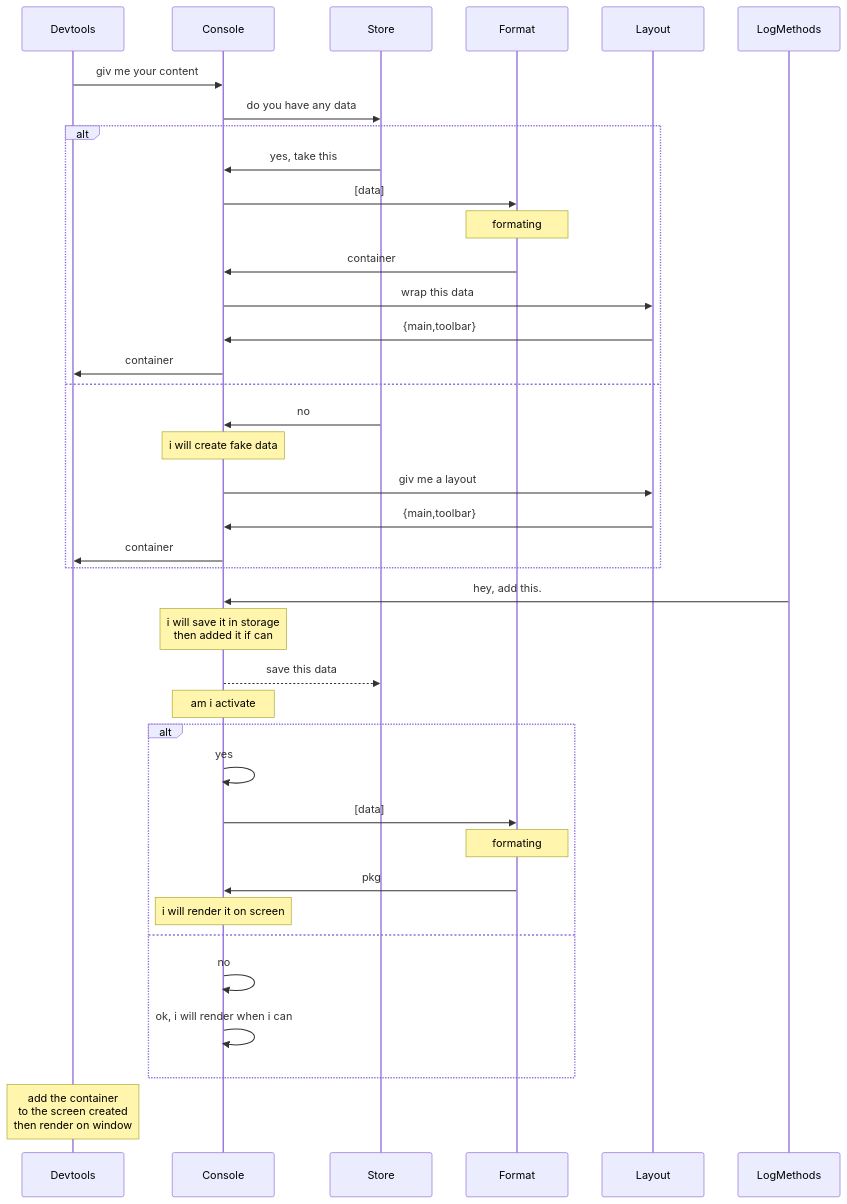
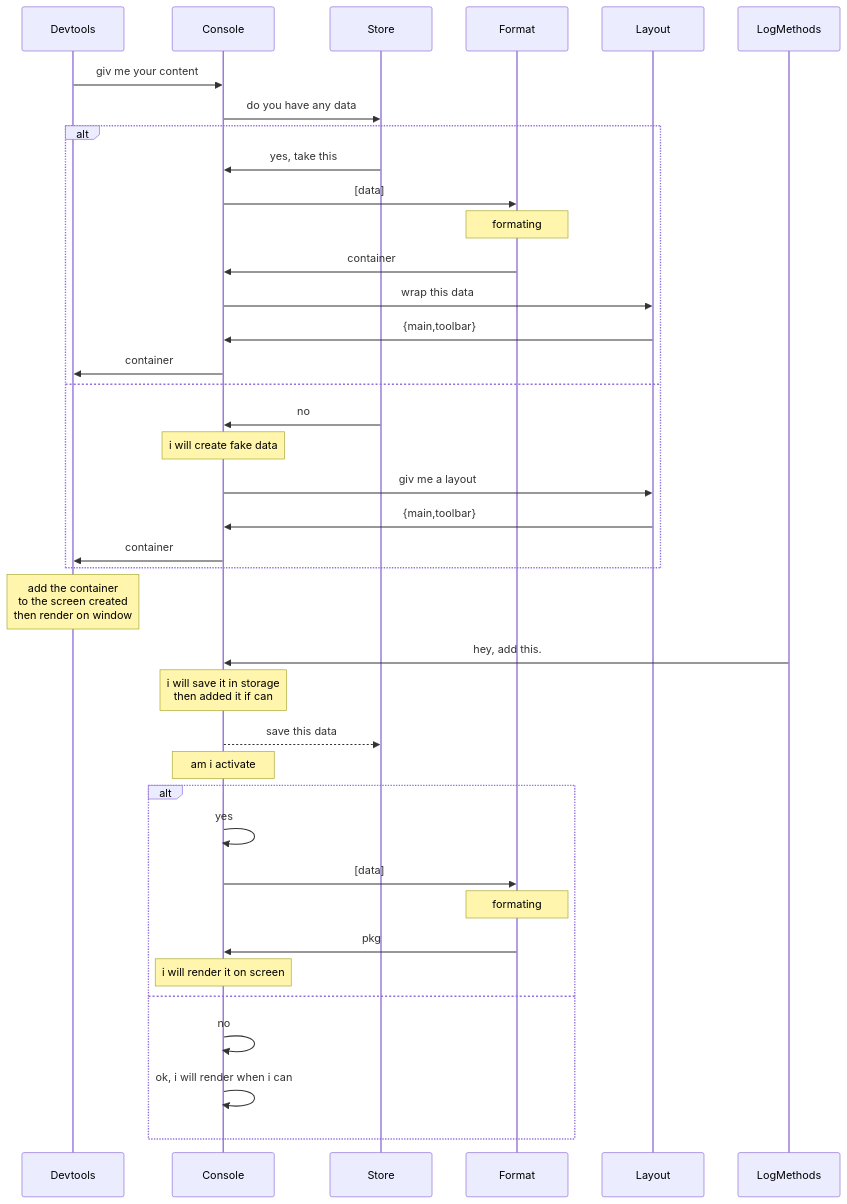
One commit to moo-m/MDev changed the second of 2 diagrams in README.md. Above: the diagram before and after it, drawn with Mermaid. The commit also changed other lines of this file, not shown here.

````diff
--- a/README.md
+++ b/README.md
@@ -134,53 +134,53 @@
 ```mermaid
 sequenceDiagram
 participant Devtools
 participant Console
 participant Store
 participant Format
 participant Layout
 participant LogMethods
 
 Devtools->>Console:giv me your content
 Console ->> Store:do you have any data
 
 alt
 Store->>Console:yes, take this
 Console ->> Format:[data]
 Note over Format:formating
 Format ->> Console: container
 Console->>Layout:wrap this data
 Layout ->> Console:{main,toolbar}
 Console ->>Devtools:container
 
 else
 
 Store->>Console:no
 Note over Console:i will create fake data
 Console->>Layout:giv me a layout
 Layout ->> Console:{main,toolbar}
 Console ->>Devtools:container
 
 end
 
+Note over Devtools:add the container <br/>to the screen created <br/>then render on window
+
 LogMethods->>Console:hey, add this.
 Note over Console:i will save it in storage<br/>then added it if can
 Console -->> Store: save this data
 note over Console: am i activate
 alt
 
 Console->>Console:yes
 Console ->> Format:[data]
 Note over Format:formating
 Format ->> Console:pkg
 Note over Console:i will render it on screen
 
 else
 
 Console->>Console:no
 Console ->>Console:ok, i will render when i can
 
 end
 
-Note over Devtools:add the container <br/>to the screen created <br/>then render on window
-
 ```
````
